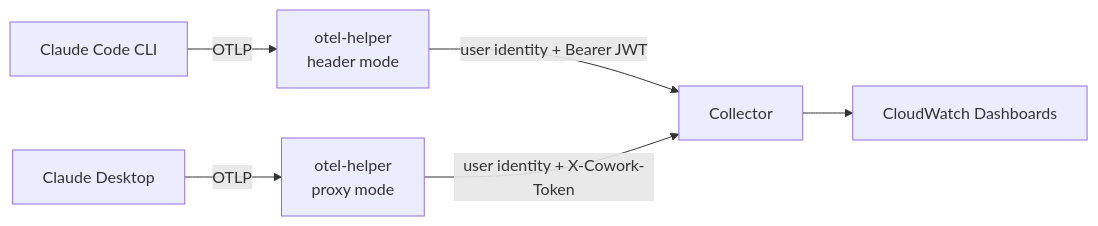
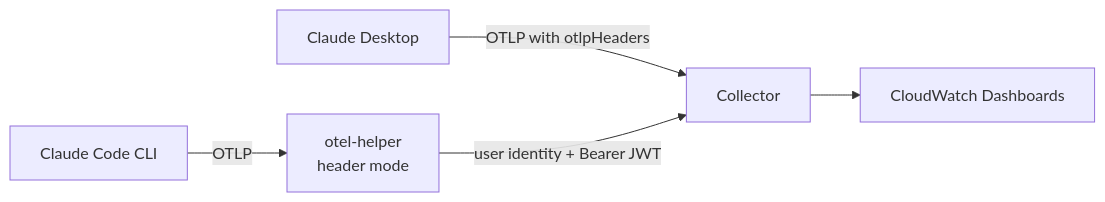
The third of 4 diagrams in README.md (aws-solutions-library-samples/guidance-for-claude-code-with-amazon-bedrock), drawn with Mermaid before and after one commit. The commit also changed other lines of this file and 2 other files, not shown here.

First line of the commit message:
docs: update QUICK_START, README, and COWORK_3P for IDC distribution (#751 part 6)

````diff
--- a/README.md
+++ b/README.md
@@ -155,8 +194,7 @@
 ```mermaid
 flowchart LR
     CC[Claude Code CLI] -->|OTLP| OH1[otel-helper<br/>header mode]
-    CW[Claude Desktop] -->|OTLP| OH2[otel-helper<br/>proxy mode]
-    OH1 -->|"user identity + Bearer JWT"| COLL[Collector]
-    OH2 -->|"user identity + X-Cowork-Token"| COLL
+    CW[Claude Desktop] -->|OTLP with otlpHeaders| COLL[Collector]
+    OH1 -->|"user identity + Bearer JWT"| COLL
     COLL --> DASH[CloudWatch Dashboards]
 ```
````
